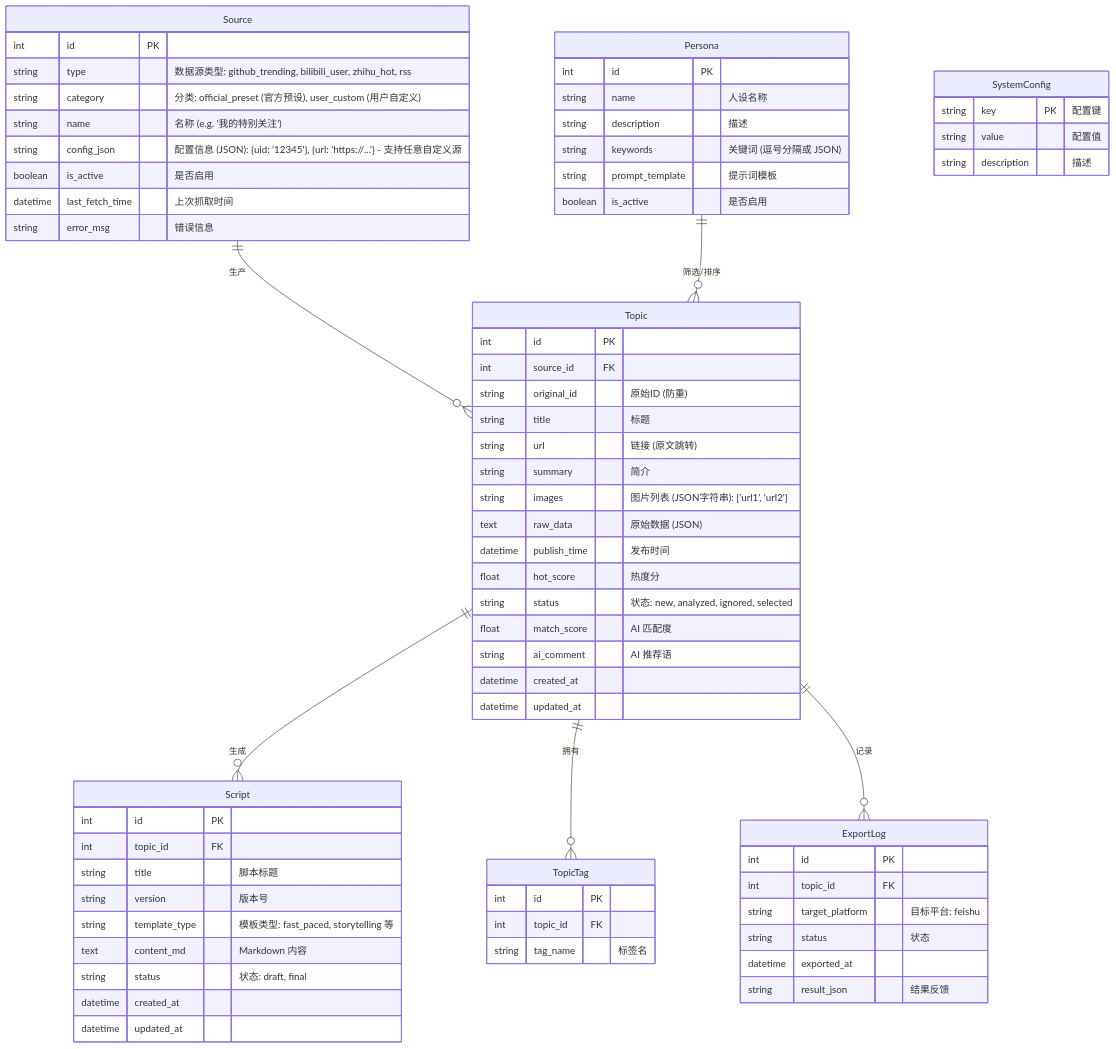
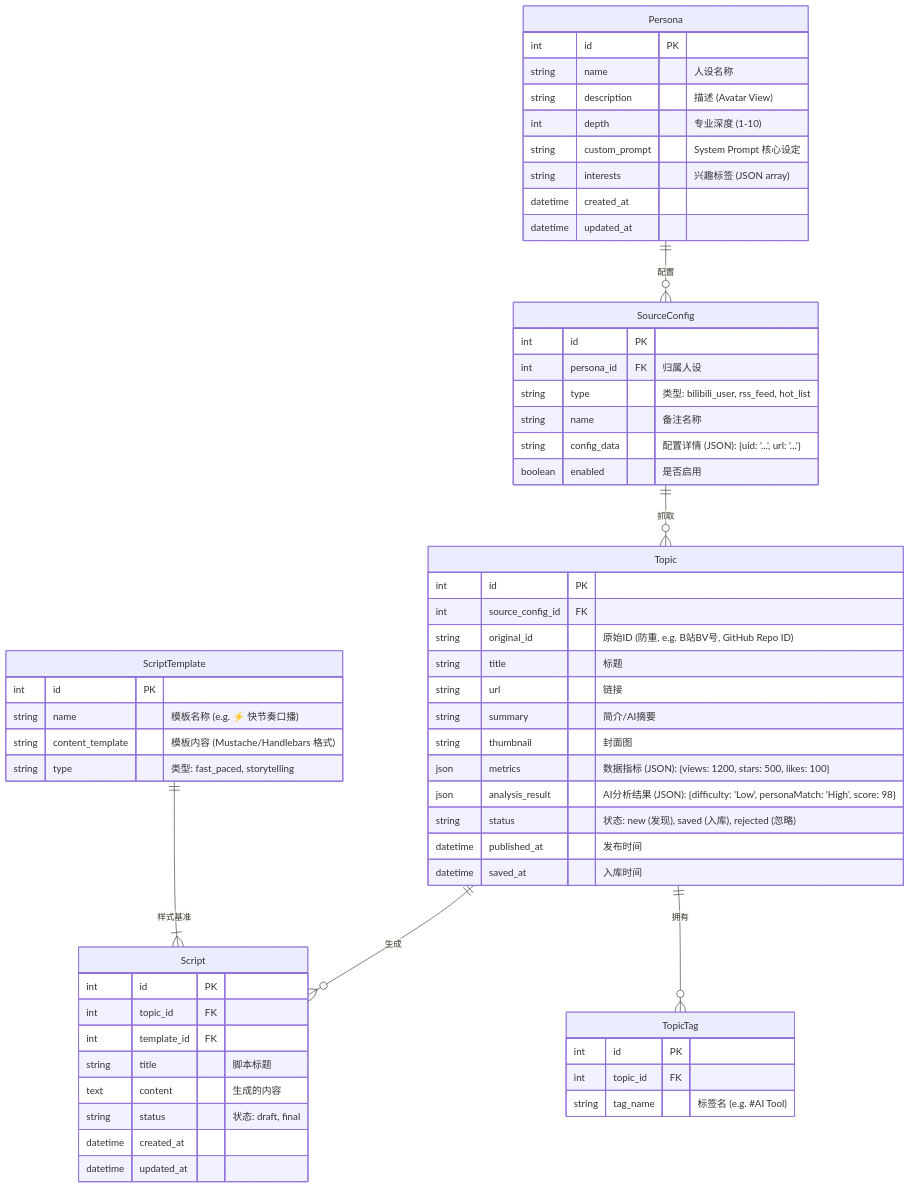
Before and after one commit to woodmeone/Buddy: the diagram in words/Buddy数据模型与API设计.md, drawn with Mermaid. The commit also changed other lines of this file and 44 other files, not shown here.

````diff
--- a/words/Buddy数据模型与API设计.md
+++ b/words/Buddy数据模型与API设计.md
@@ -9,80 +9,71 @@
 ```mermaid
 erDiagram
-    Source ||--o{ Topic : "生产"
-    Persona ||--o{ Topic : "筛选/排序"
+    Persona ||--o{ SourceConfig : "配置"
+    SourceConfig ||--o{ Topic : "抓取"
     Topic ||--o{ Script : "生成"
     Topic ||--o{ TopicTag : "拥有"
-    Topic ||--o{ ExportLog : "记录"
-
-    Source {
-        int id PK
-        string type "数据源类型: github_trending, bilibili_user, zhihu_hot, rss"
-        string category "分类: official_preset (官方预设), user_custom (用户自定义)"
-        string name "名称 (e.g. '我的特别关注')"
-        string config_json "配置信息 (JSON): {uid: '12345'}, {url: 'https://...'} - 支持任意自定义源"
-        boolean is_active "是否启用"
-        datetime last_fetch_time "上次抓取时间"
-        string error_msg "错误信息"
-    }
+    
+    %% ScriptTemplate 独立于具体业务流程，作为工具资源
+    ScriptTemplate ||--|{ Script : "样式基准"
 
     Persona {
         int id PK
         string name "人设名称"
-        string description "描述"
-        string keywords "关键词 (逗号分隔或 JSON)"
-        string prompt_template "提示词模板"
-        boolean is_active "是否启用"
+        string description "描述 (Avatar View)"
+        int depth "专业深度 (1-10)"
+        string custom_prompt "System Prompt 核心设定"
+        string interests "兴趣标签 (JSON array)"
+        datetime created_at
+        datetime updated_at
+    }
+
+    SourceConfig {
+        int id PK
+        int persona_id FK "归属人设"
+        string type "类型: bilibili_user, rss_feed, hot_list"
+        string name "备注名称"
+        string config_data "配置详情 (JSON): {uid: '...', url: '...'}"
+        boolean enabled "是否启用"
     }
 
     Topic {
         int id PK
-        int source_id FK
-        string original_id "原始ID (防重)"
+        int source_config_id FK
+        string original_id "原始ID (防重, e.g. B站BV号, GitHub Repo ID)"
         string title "标题"
-        string url "链接 (原文跳转)"
-        string summary "简介"
-        string images "图片列表 (JSON字符串): ['url1', 'url2']"
-        text raw_data "原始数据 (JSON)"
-        datetime publish_time "发布时间"
-        float hot_score "热度分"
+        string url "链接"
+        string summary "简介/AI摘要"
+        string thumbnail "封面图"
         
-        string status "状态: new, analyzed, ignored, selected"
-        float match_score "AI 匹配度"
-        string ai_comment "AI 推荐语"
-        datetime created_at
-        datetime updated_at
+        json metrics "数据指标 (JSON): {views: 1200, stars: 500, likes: 100}"
+        json analysis_result "AI分析结果 (JSON): {difficulty: 'Low', personaMatch: 'High', score: 98}"
+        
+        string status "状态: new (发现), saved (入库), rejected (忽略)"
+        datetime published_at "发布时间"
+        datetime saved_at "入库时间"
     }
     
     TopicTag {
         int id PK
         int topic_id FK
-        string tag_name "标签名"
+        string tag_name "标签名 (e.g. #AI Tool)"
+    }
+
+    ScriptTemplate {
+        int id PK
+        string name "模板名称 (e.g. ⚡ 快节奏口播)"
+        string content_template "模板内容 (Mustache/Handlebars 格式)"
+        string type "类型: fast_paced, storytelling"
     }
 
     Script {
         int id PK
         int topic_id FK
+        int template_id FK
         string title "脚本标题"
-        string version "版本号"
-        string template_type "模板类型: fast_paced, storytelling 等"
-        text content_md "Markdown 内容"
+        text content "生成的内容"
         string status "状态: draft, final"
         datetime created_at
         datetime updated_at
     }
-    
-    ExportLog {
-        int id PK
-        int topic_id FK
-        string target_platform "目标平台: feishu"
-        string status "状态"
-        datetime exported_at
-        string result_json "结果反馈"
-    }
-    
-    SystemConfig {
-        string key PK "配置键"
-        string value "配置值"
-        string description "描述"
-    }
 ```
````
